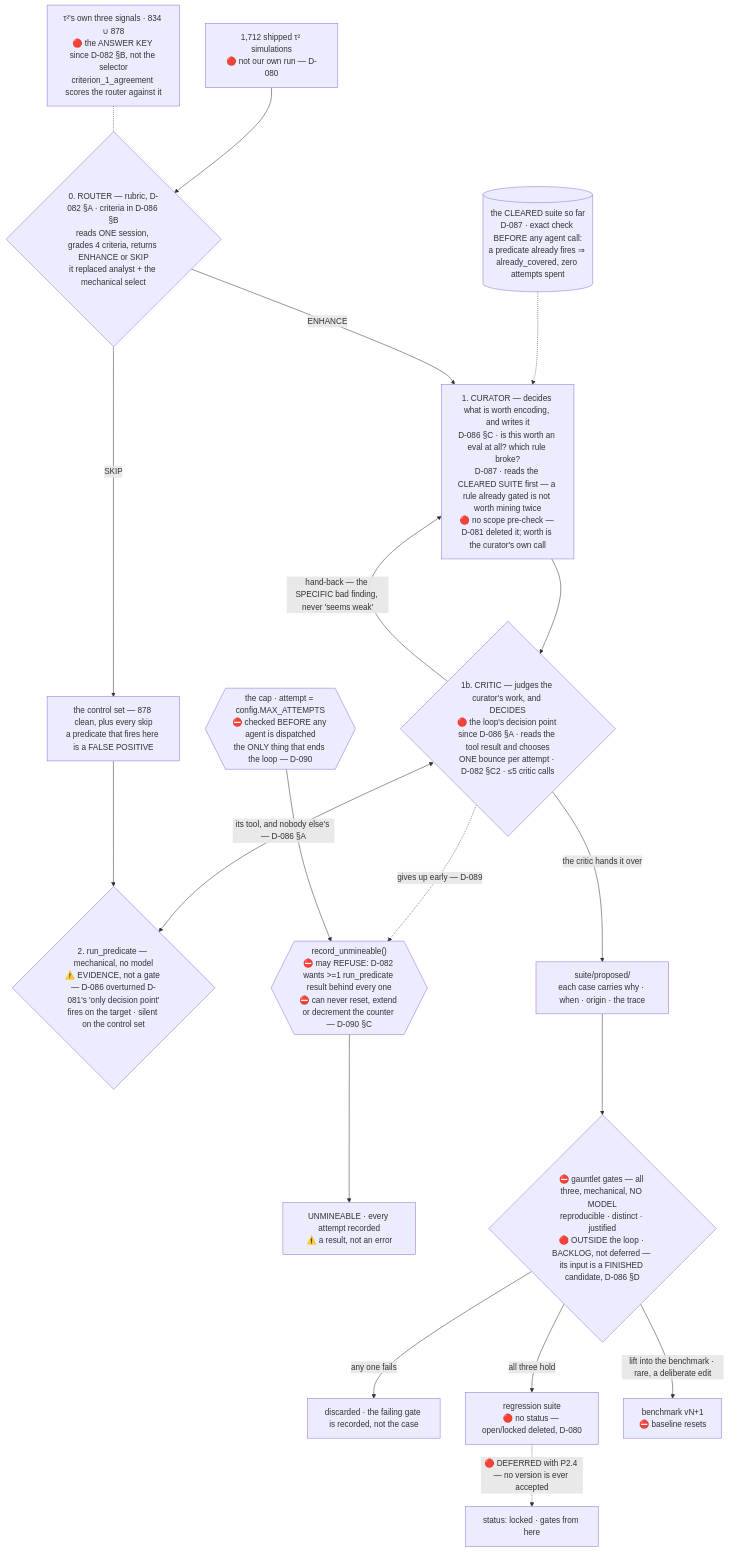
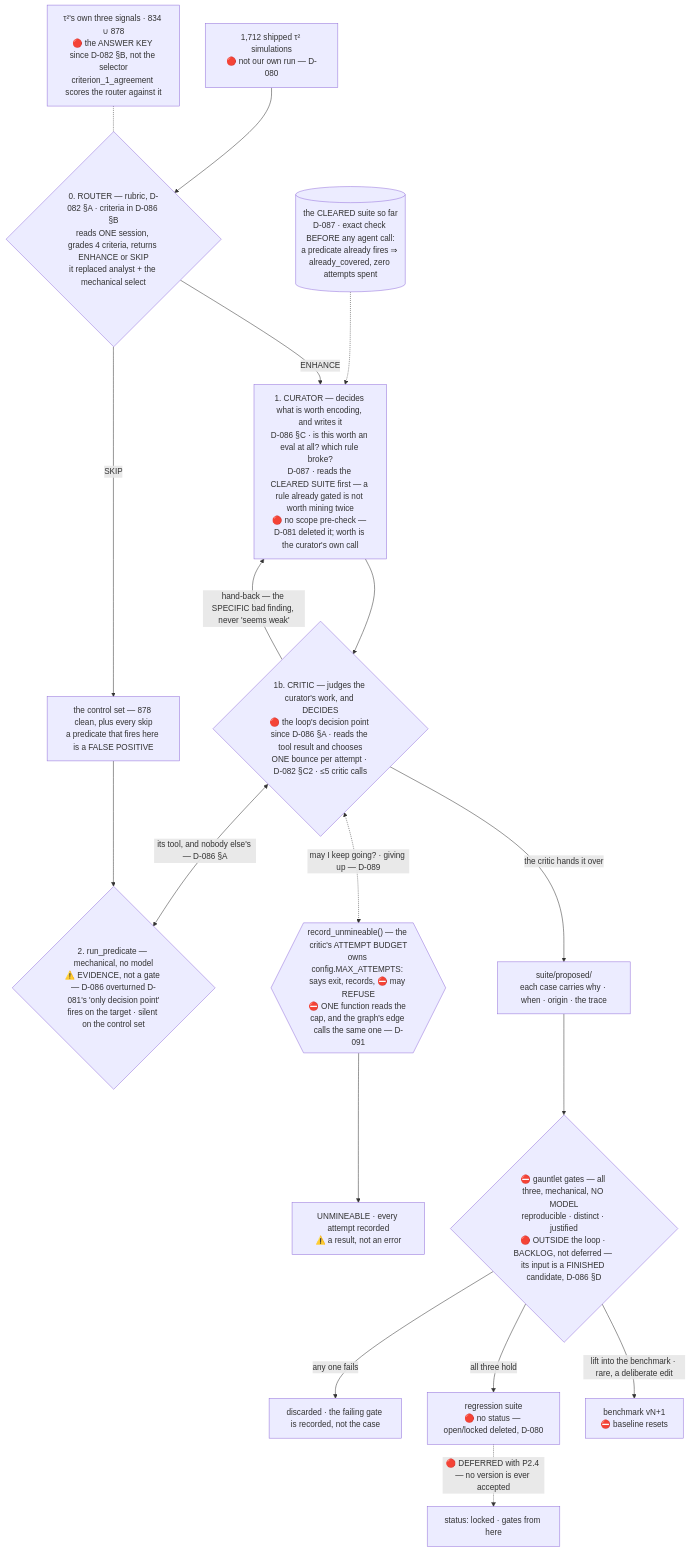
One commit to sandeepyadav1478/touchstone changed the diagram in docs/02-gates.md. Above: the diagram before and after it, drawn with Mermaid. The commit also changed other lines of this file and 5 other files, not shown here.

First line of the commit message:
D-091: the cap lives inside the tool -- one block, not two

````diff
--- a/docs/02-gates.md
+++ b/docs/02-gates.md
@@ -365,21 +365,20 @@
 ```mermaid
 flowchart TB
   SUITE0[("the CLEARED suite so far<br/>D-087 · exact check BEFORE any agent call:<br/>a predicate already fires ⇒ already_covered, zero attempts spent")] -.-> TRANS
   SCORE["1,712 shipped τ² simulations<br/>🔴 not our own run — D-080"] --> ROUTER{"0. ROUTER — rubric, D-082 §A · criteria in D-086 §B<br/>reads ONE session, grades 4 criteria, returns ENHANCE or SKIP<br/>it replaced analyst + the mechanical select"}
   ROUTER -->|SKIP| CLEAN["the control set — 878 clean, plus every skip<br/>a predicate that fires here is a FALSE POSITIVE"]
   KEY["τ²'s own three signals · 834 ∪ 878<br/>🔴 the ANSWER KEY since D-082 §B, not the selector<br/>criterion_1_agreement scores the router against it"] -.- ROUTER
   ROUTER -->|ENHANCE| TRANS["1. CURATOR — decides what is worth encoding, and writes it<br/>D-086 §C · is this worth an eval at all? which rule broke?<br/>D-087 · reads the CLEARED SUITE first — a rule already gated is not worth mining twice<br/>🔴 no scope pre-check — D-081 deleted it; worth is the curator's own call"]
   TRANS --> CRIT{"1b. CRITIC — judges the curator's work, and DECIDES<br/>🔴 the loop's decision point since D-086 §A · reads the tool result and chooses<br/>ONE bounce per attempt · D-082 §C2 · ≤5 critic calls"}
   CRIT <-->|"its tool, and nobody else's — D-086 §A"| TEST{"2. run_predicate — mechanical, no model<br/>⚠️ EVIDENCE, not a gate — D-086 overturned D-081's 'only decision point'<br/>fires on the target · silent on the control set"}
   CLEAN --> TEST
   CRIT -->|"hand-back — the SPECIFIC bad finding, never 'seems weak'"| TRANS
-  CRIT -.->|"gives up early — D-089"| REC{{"record_unmineable()<br/>⛔ may REFUSE: D-082 wants >=1 run_predicate result behind every one<br/>⛔ can never reset, extend or decrement the counter — D-090 §C"}}
-  CAP{{"the cap · attempt = config.MAX_ATTEMPTS<br/>⛔ checked BEFORE any agent is dispatched<br/>the ONLY thing that ends the loop — D-090"}} --> REC
+  CRIT <-.->|"may I keep going? · giving up — D-089"| REC{{"record_unmineable() — the critic's ATTEMPT BUDGET<br/>owns config.MAX_ATTEMPTS: says exit, records, ⛔ may REFUSE<br/>⛔ ONE function reads the cap, and the graph's edge calls the same one — D-091"}}
   REC --> UNM["UNMINEABLE · every attempt recorded<br/>⚠️ a result, not an error"]
   CRIT -->|"the critic hands it over"| PROP["suite/proposed/<br/>each case carries why · when · origin · the trace"]
   PROP --> GAUNTLET{"⛔ gauntlet gates — all three, mechanical, NO MODEL<br/>reproducible · distinct · justified<br/>🔴 OUTSIDE the loop · BACKLOG, not deferred — its input is a FINISHED candidate, D-086 §D"}
   GAUNTLET -->|any one fails| DROP["discarded · the failing gate is recorded, not the case"]
   GAUNTLET -->|all three hold| REG["regression suite<br/>🔴 no status — open/locked deleted, D-080"]
   REG -.->|"🔴 DEFERRED with P2.4 — no version is ever accepted"| LOCK["status: locked · gates from here"]
   GAUNTLET -->|"lift into the benchmark · rare, a deliberate edit"| BENCH["benchmark vN+1<br/>⛔ baseline resets"]
 ```
````
